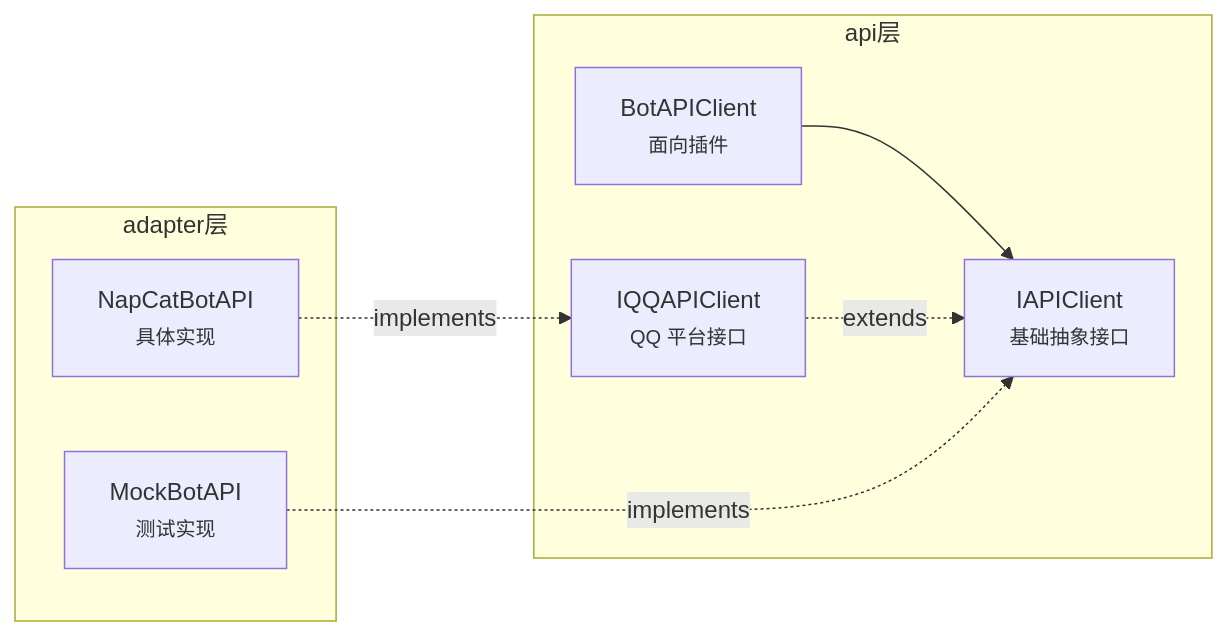
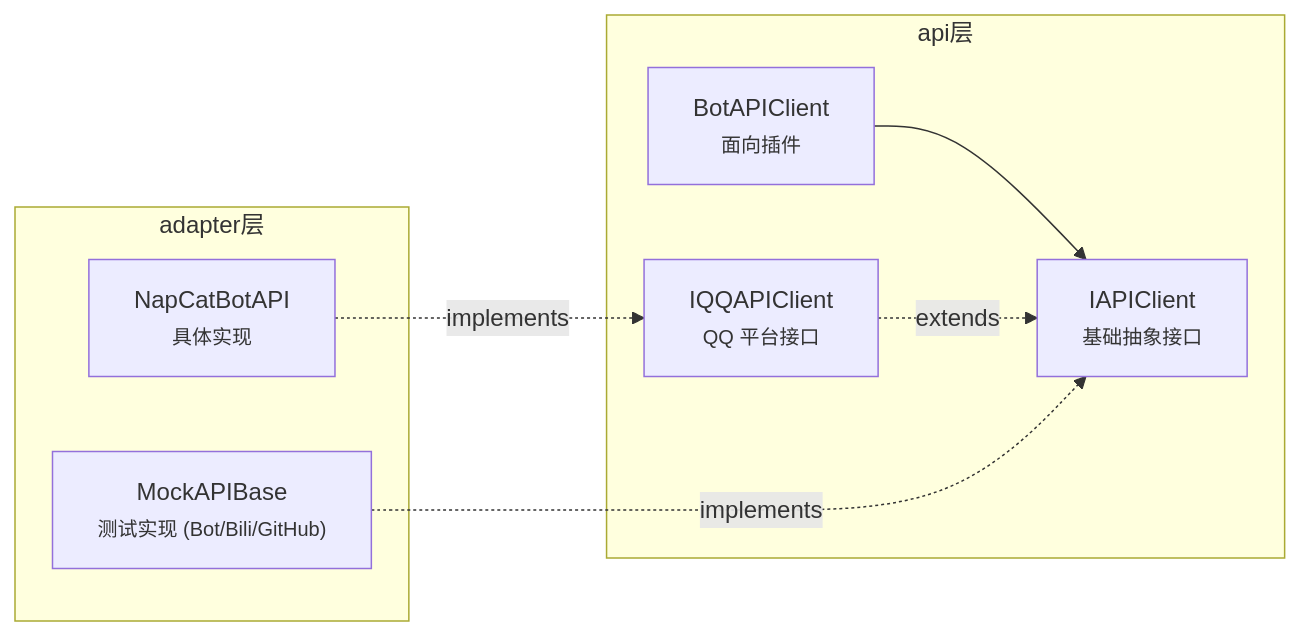
The second of 3 diagrams in docs/notes/contributing/2. 设计决策/1. 架构决策.md (huan-yp/NcatBotDocs), drawn with Mermaid before and after one commit. The commit also changed other lines of this file and 13 other files, not shown here.

````diff
--- a/docs/notes/contributing/2. 设计决策/1. 架构决策.md
+++ b/docs/notes/contributing/2. 设计决策/1. 架构决策.md
@@ -109,17 +109,17 @@
 ```mermaid
 graph LR
     subgraph api层
         IAPIClient["IAPIClient<br/><small>基础抽象接口</small>"]
         IQQAPIClient["IQQAPIClient<br/><small>QQ 平台接口</small>"]
         Client["BotAPIClient<br/><small>面向插件</small>"]
     end
     subgraph adapter层
         NapCatAPI["NapCatBotAPI<br/><small>具体实现</small>"]
-        MockAPI["MockBotAPI<br/><small>测试实现</small>"]
+        MockAPI["MockAPIBase<br/><small>测试实现 (Bot/Bili/GitHub)</small>"]
     end
 
     Client --> IAPIClient
     IQQAPIClient -.->|extends| IAPIClient
     NapCatAPI -.->|implements| IQQAPIClient
     MockAPI -.->|implements| IAPIClient
 ```
````
